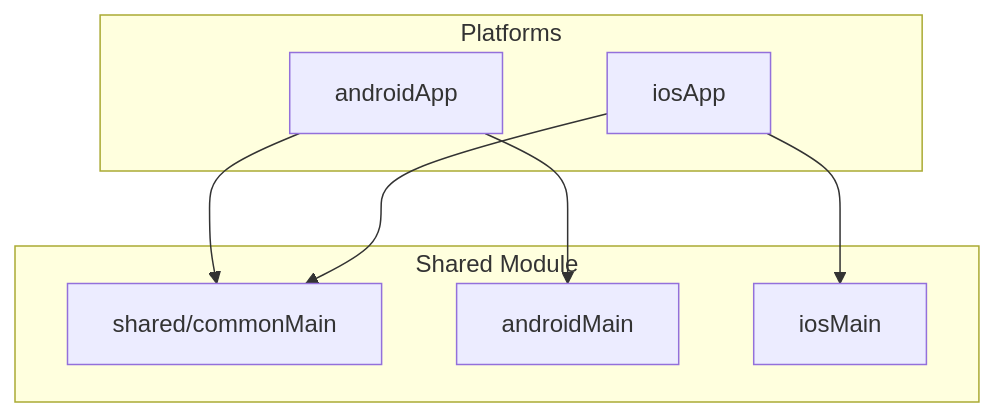
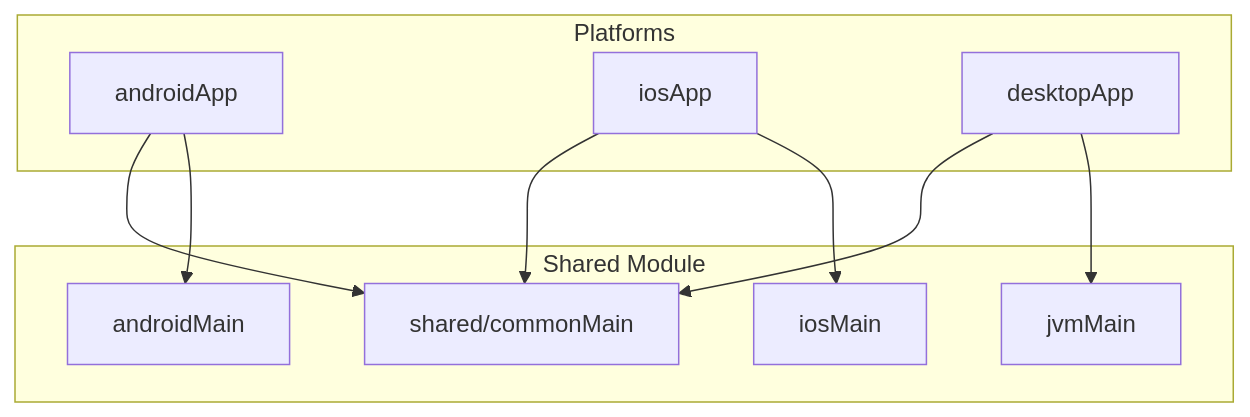
Before and after one commit to nkrebs13/kmp-template: the diagram in README.md, drawn with Mermaid. The commit also changed other lines of this file and 18 other files, not shown here.

````diff
--- a/README.md
+++ b/README.md
@@ -44,16 +44,20 @@
 ```mermaid
 graph TB
     subgraph "Platforms"
         A[androidApp]
         I[iosApp]
+        D[desktopApp]
     end
     subgraph "Shared Module"
         S[shared/commonMain]
         SA[androidMain]
         SI[iosMain]
+        SJ[jvmMain]
     end
     A --> S
     A --> SA
     I --> S
     I --> SI
+    D --> S
+    D --> SJ
 ```
````
